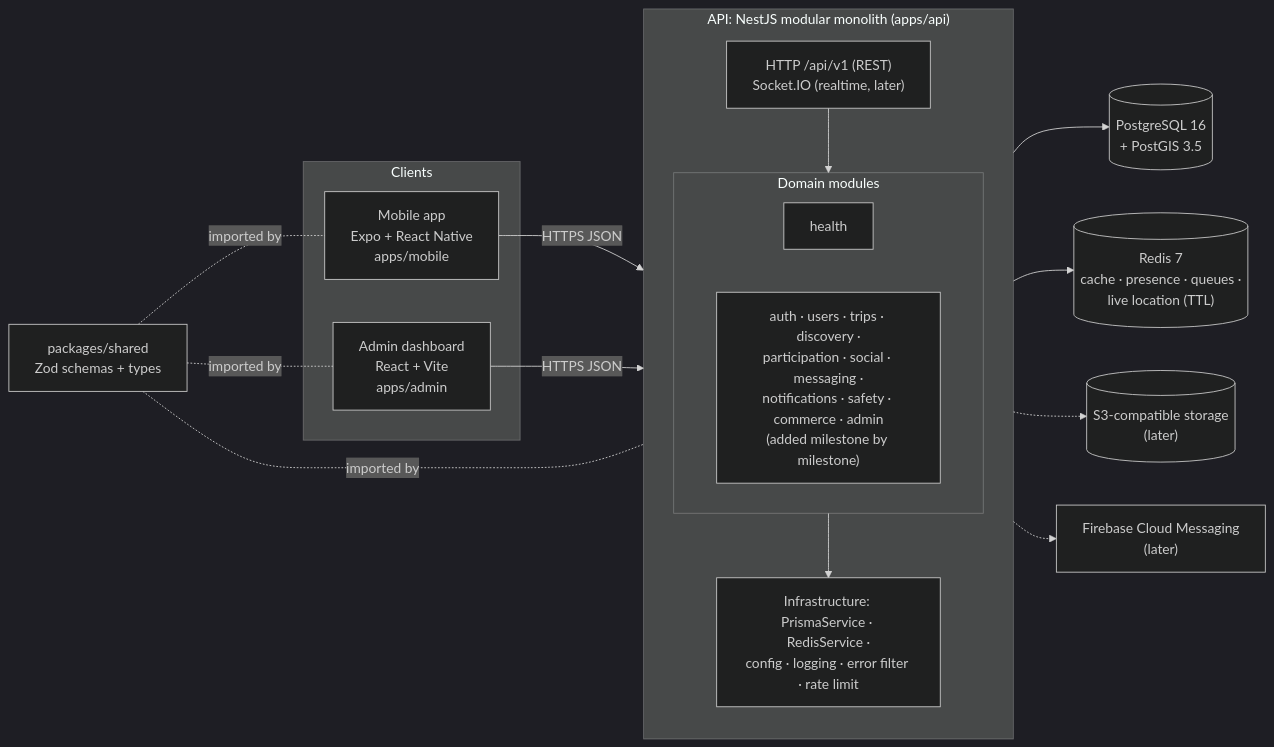
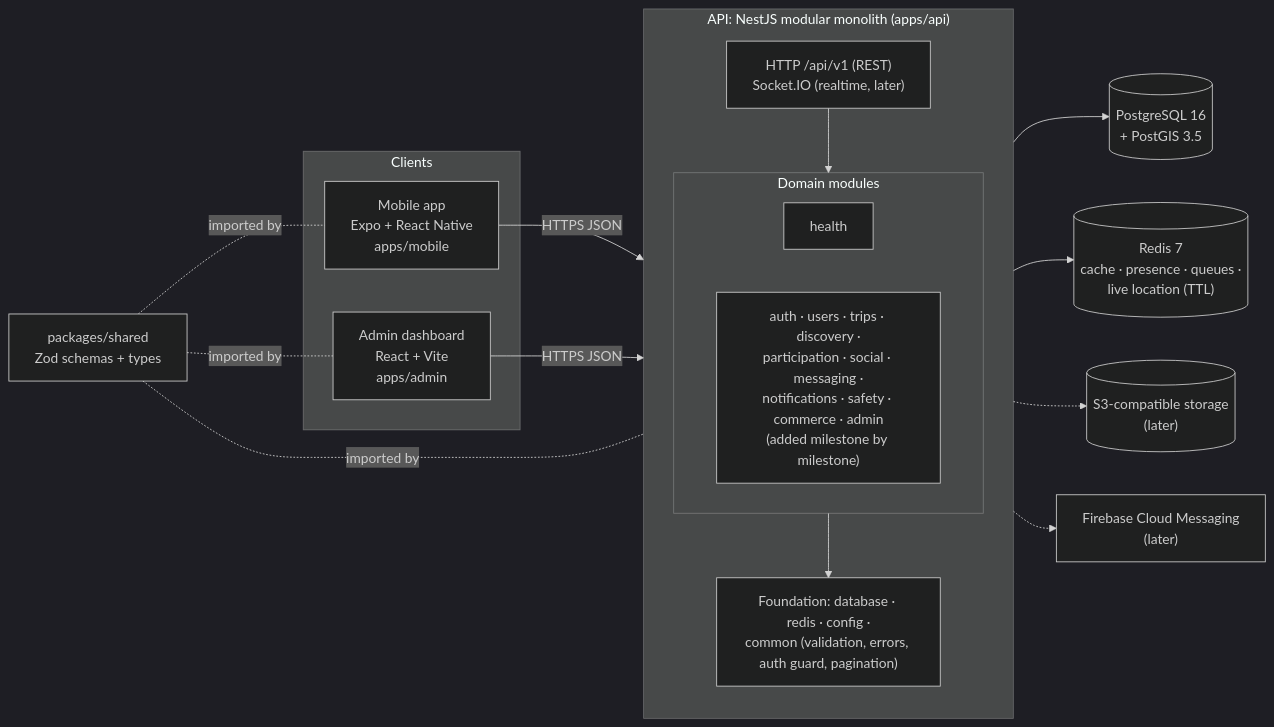
The diagram in docs/ARCHITECTURE.md (sreeraj003/voyago), drawn with Mermaid (dark theme) before and after one commit. The commit also changed 42 other files, not shown here.

````diff
--- a/docs/ARCHITECTURE.md
+++ b/docs/ARCHITECTURE.md
@@ -9,35 +9,35 @@
 ```mermaid
 flowchart LR
     subgraph Clients
         M["Mobile app<br/>Expo + React Native<br/>apps/mobile"]
         A["Admin dashboard<br/>React + Vite<br/>apps/admin"]
     end
 
     subgraph API["API: NestJS modular monolith (apps/api)"]
         direction TB
         G["HTTP /api/v1 (REST)<br/>Socket.IO (realtime, later)"]
         subgraph Modules["Domain modules"]
             direction LR
             H["health"]
             F["auth · users · trips · discovery ·<br/>participation · social · messaging ·<br/>notifications · safety · commerce · admin<br/>(added milestone by milestone)"]
         end
-        I["Infrastructure: PrismaService · RedisService ·<br/>config · logging · error filter · rate limit"]
+        I["Foundation: database · redis · config ·<br/>common (validation, errors, auth guard, pagination)"]
         G --> Modules --> I
     end
 
     S["packages/shared<br/>Zod schemas + types"]
     PG[("PostgreSQL 16<br/>+ PostGIS 3.5")]
     R[("Redis 7<br/>cache · presence · queues ·<br/>live location (TTL)")]
     O[("S3-compatible storage<br/>(later)")]
     FCM["Firebase Cloud Messaging<br/>(later)"]
 
     M -- HTTPS JSON --> G
     A -- HTTPS JSON --> G
     S -. imported by .- M
     S -. imported by .- A
     S -. imported by .- API
     I --> PG
     I --> R
     I -.-> O
     I -.-> FCM
 ```
````
